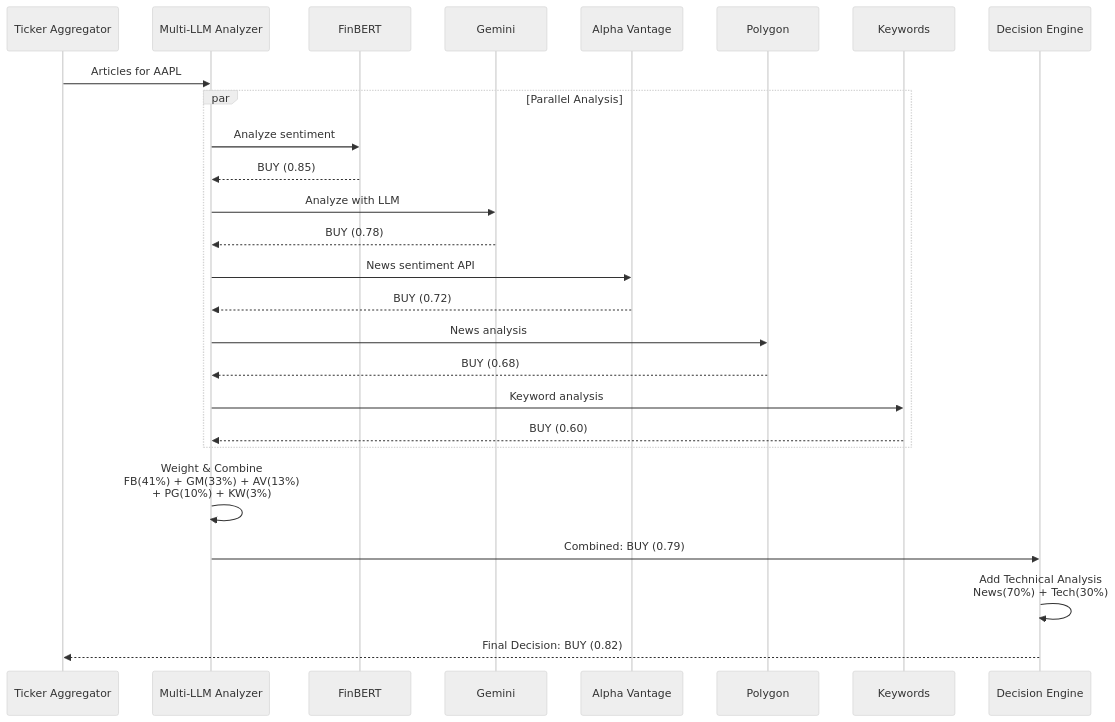
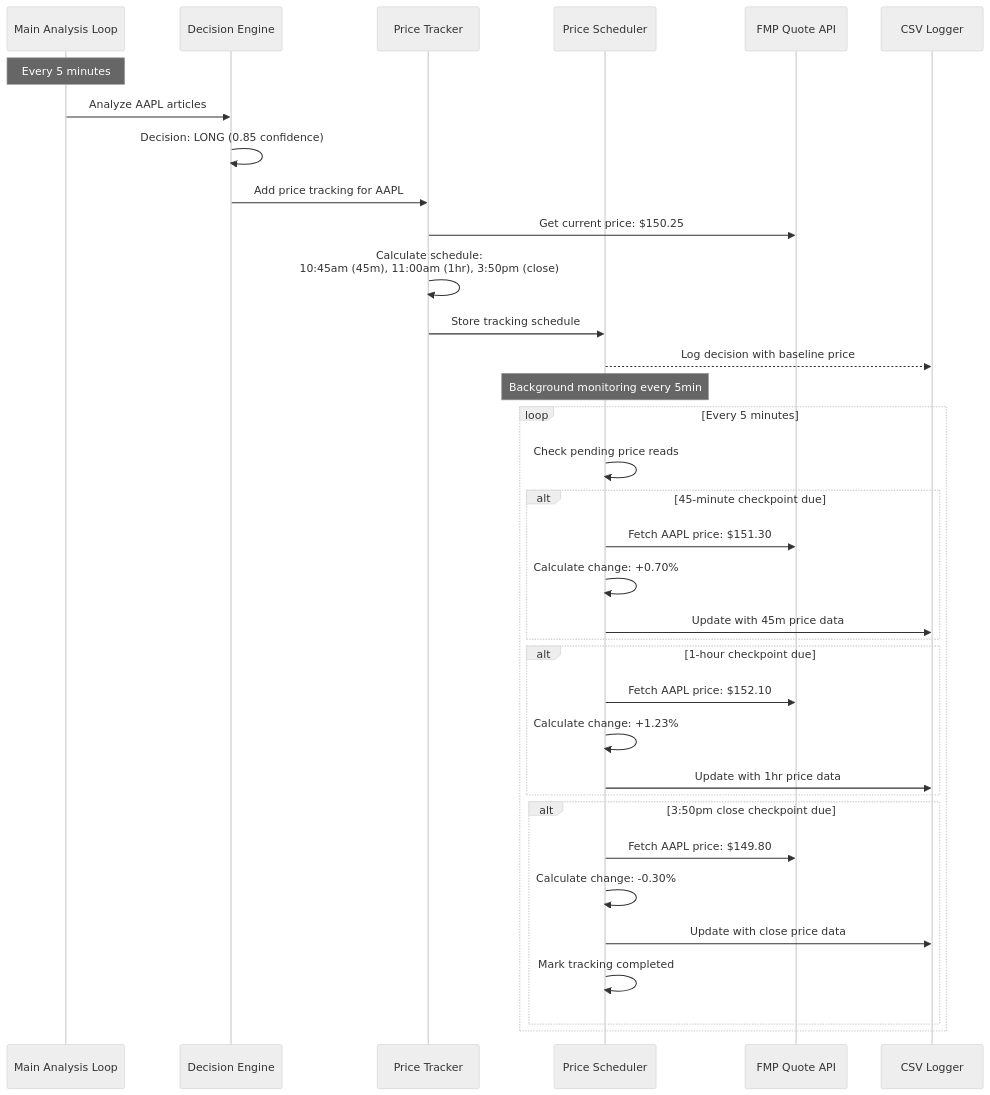
Before and after one commit to jaygasi/news_analyzer: the third of 11 diagrams in news_cruncher/README.md, drawn with Mermaid (neutral theme). The commit also changed other lines of this file and 7 other files, not shown here.

Commit message:
Finalizing changes for v1.3.0-stable-price-tracker

````diff
--- a/news_cruncher/README.md
+++ b/news_cruncher/README.md
@@ -94,35 +121,44 @@
 ```mermaid
 sequenceDiagram
-    participant TC as Ticker Aggregator
-    participant MLA as Multi-LLM Analyzer
-    participant FB as FinBERT
-    participant GM as Gemini
-    participant AV as Alpha Vantage
-    participant PG as Polygon
-    participant KW as Keywords
+    participant Main as Main Analysis Loop
     participant DE as Decision Engine
+    participant PT as Price Tracker
+    participant PS as Price Scheduler
+    participant FMP as FMP Quote API
+    participant CSV as CSV Logger
     
-    TC->>MLA: Articles for AAPL
+    Note over Main: Every 5 minutes
+    Main->>DE: Analyze AAPL articles
+    DE->>DE: Decision: LONG (0.85 confidence)
+    DE->>PT: Add price tracking for AAPL
     
-    par Parallel Analysis
-        MLA->>FB: Analyze sentiment
-        FB-->>MLA: BUY (0.85)
+    PT->>FMP: Get current price: $150.25
+    PT->>PT: Calculate schedule:<br/>10:45am (45m), 11:00am (1hr), 3:50pm (close)
+    PT->>PS: Store tracking schedule
+    PS-->>CSV: Log decision with baseline price
+    
+    Note over PS: Background monitoring every 5min
+    
+    loop Every 5 minutes
+        PS->>PS: Check pending price reads
         
-        MLA->>GM: Analyze with LLM
-        GM-->>MLA: BUY (0.78)
+        alt 45-minute checkpoint due
+            PS->>FMP: Fetch AAPL price: $151.30
+            PS->>PS: Calculate change: +0.70%
+            PS->>CSV: Update with 45m price data
+        end
         
-        MLA->>AV: News sentiment API
-        AV-->>MLA: BUY (0.72)
+        alt 1-hour checkpoint due
+            PS->>FMP: Fetch AAPL price: $152.10  
+            PS->>PS: Calculate change: +1.23%
+            PS->>CSV: Update with 1hr price data
+        end
         
-        MLA->>PG: News analysis
-        PG-->>MLA: BUY (0.68)
-        
-        MLA->>KW: Keyword analysis
-        KW-->>MLA: BUY (0.60)
+        alt 3:50pm close checkpoint due
+            PS->>FMP: Fetch AAPL price: $149.80
+            PS->>PS: Calculate change: -0.30%
+            PS->>CSV: Update with close price data
+            PS->>PS: Mark tracking completed
+        end
     end
-    
-    MLA->>MLA: Weight & Combine<br/>FB(41%) + GM(33%) + AV(13%)<br/>+ PG(10%) + KW(3%)
-    MLA->>DE: Combined: BUY (0.79)
-    DE->>DE: Add Technical Analysis<br/>News(70%) + Tech(30%)
-    DE-->>TC: Final Decision: BUY (0.82)
 ```
````
